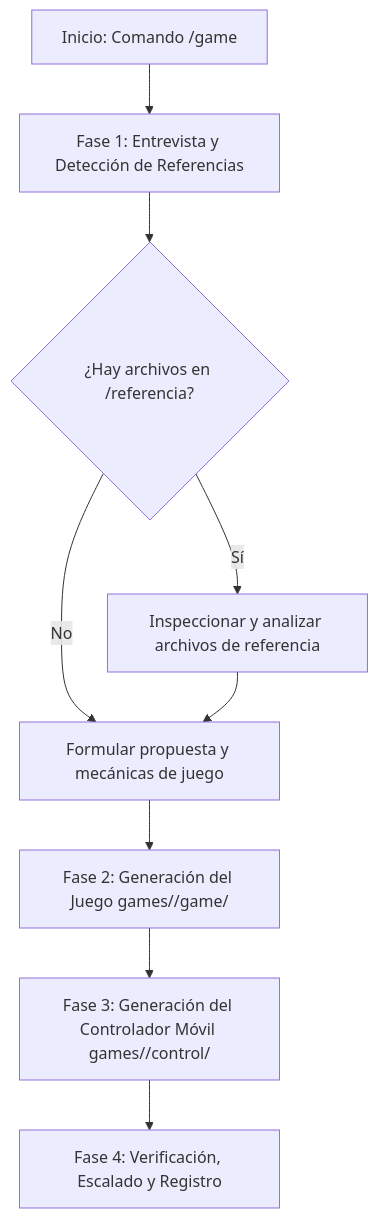
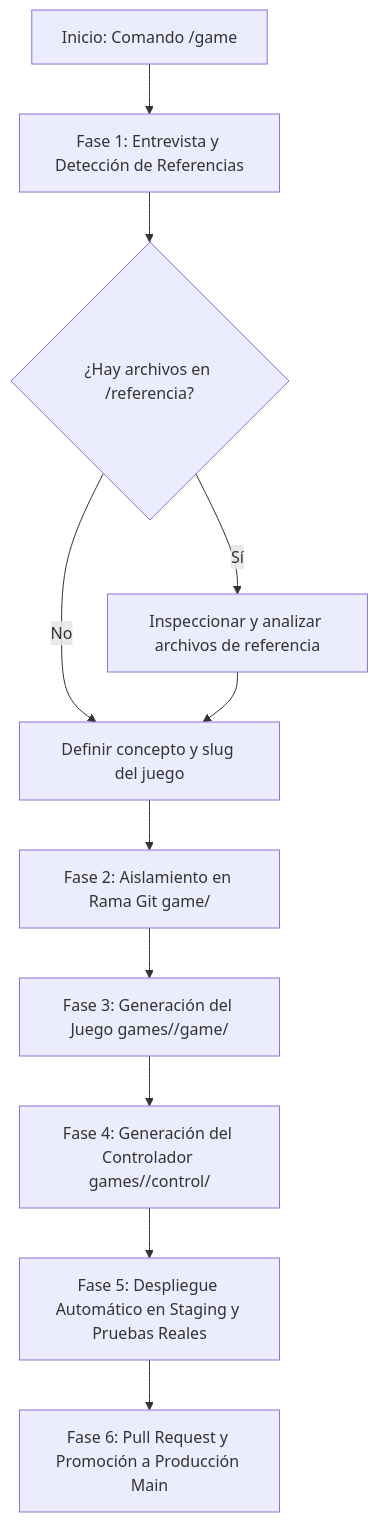
Before and after one commit to bmecdev/myplayad: the diagram in .agents/skills/game/SKILL.md, drawn with Mermaid. The commit also changed other lines of this file and 3 other files, not shown here.

Commit message:
feat(workflow): enforce isolated game branches (game/<slug>), staging testing, and PR promotion flow

````diff
--- a/.agents/skills/game/SKILL.md
+++ b/.agents/skills/game/SKILL.md
@@ -14,11 +14,13 @@
 ```mermaid
 flowchart TD
     A[Inicio: Comando /game] --> B[Fase 1: Entrevista y Detección de Referencias]
     B --> C{¿Hay archivos en /referencia?}
     C -- Sí --> D[Inspeccionar y analizar archivos de referencia]
-    C -- No --> E[Formular propuesta y mecánicas de juego]
+    C -- No --> E[Definir concepto y slug del juego]
     D --> E
-    E --> F[Fase 2: Generación del Juego games/<slug>/game/]
-    F --> G[Fase 3: Generación del Controlador Móvil games/<slug>/control/]
-    G --> H[Fase 4: Verificación, Escalado y Registro]
+    E --> F[Fase 2: Aislamiento en Rama Git game/<slug>]
+    F --> G[Fase 3: Generación del Juego games/<slug>/game/]
+    G --> H[Fase 4: Generación del Controlador games/<slug>/control/]
+    H --> I[Fase 5: Despliegue Automático en Staging y Pruebas Reales]
+    I --> J[Fase 6: Pull Request y Promoción a Producción Main]
 ```
````
